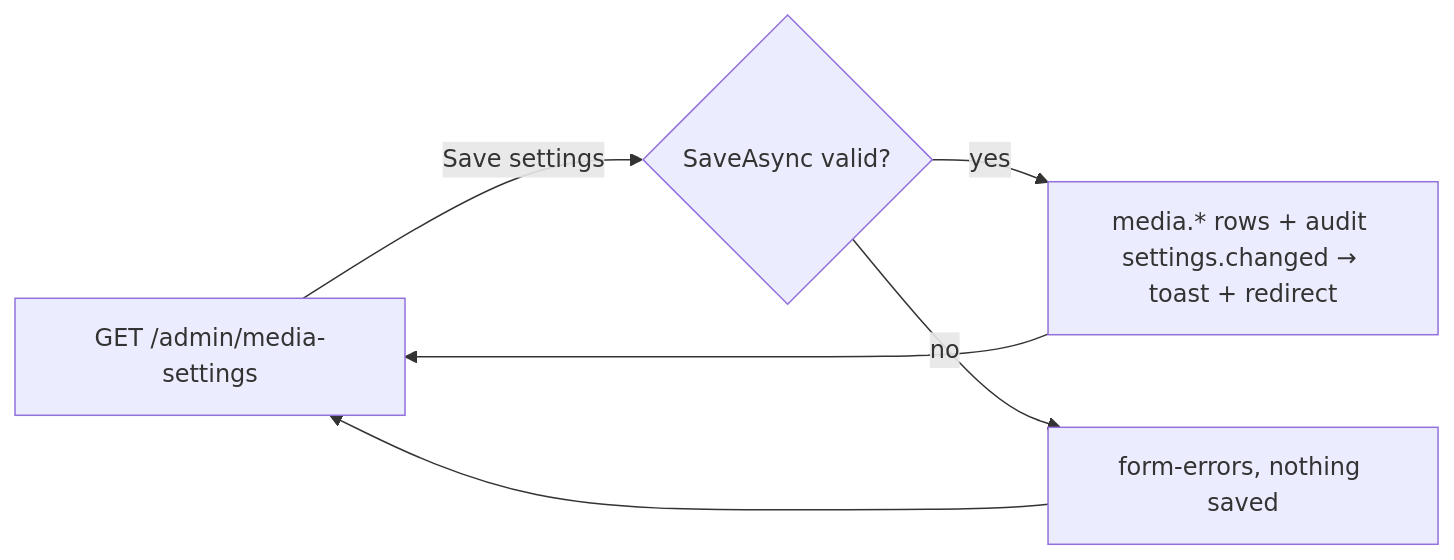
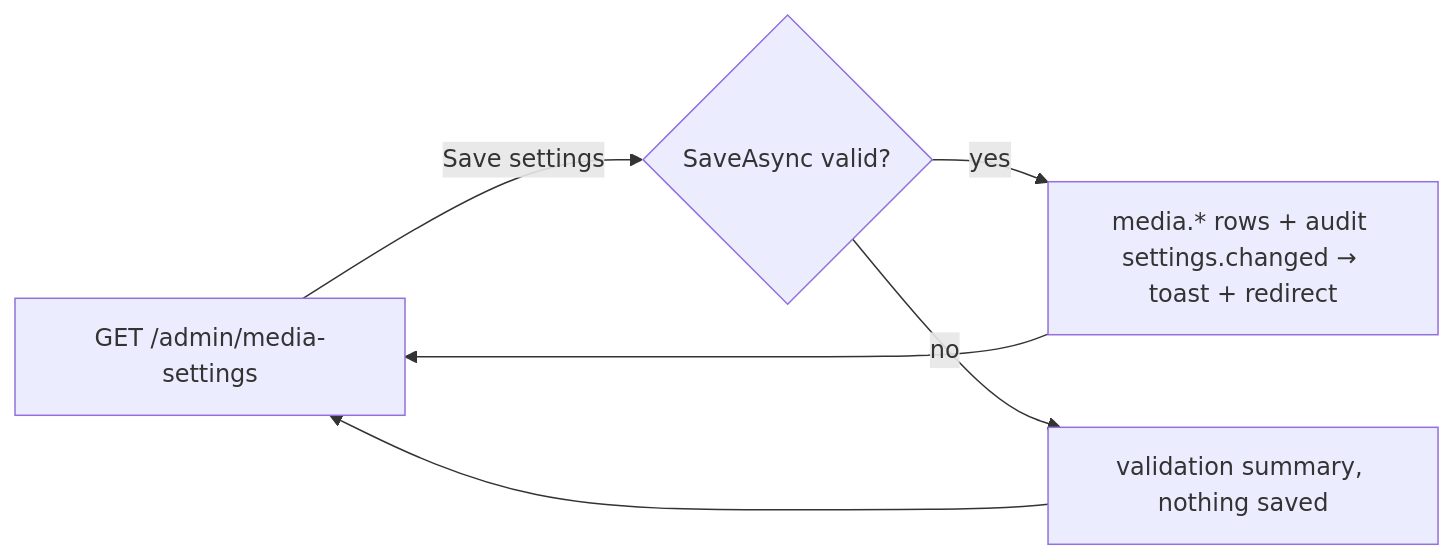
Before and after one commit to Albadit/DotNetForge: the diagram in .docs/pages/media-settings.md, drawn with Mermaid. The commit also changed other lines of this file and 412 other files, not shown here.

````diff
--- a/.docs/pages/media-settings.md
+++ b/.docs/pages/media-settings.md
@@ -153,6 +153,6 @@
 ```mermaid
 flowchart LR
     A["GET /admin/media-settings"] -- Save settings --> B{"SaveAsync valid?"}
     B -- yes --> C["media.* rows + audit settings.changed → toast + redirect"] --> A
-    B -- no --> D[form-errors, nothing saved] --> A
+    B -- no --> D[validation summary, nothing saved] --> A
 ```
````
